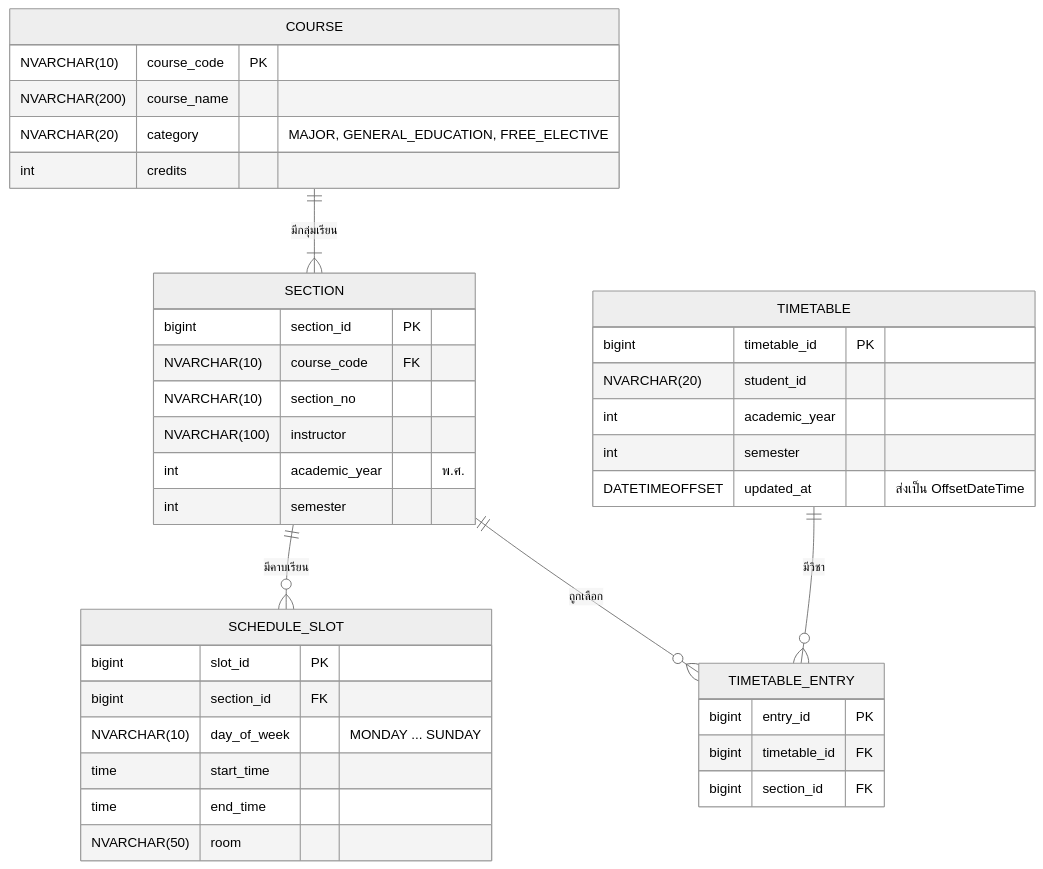
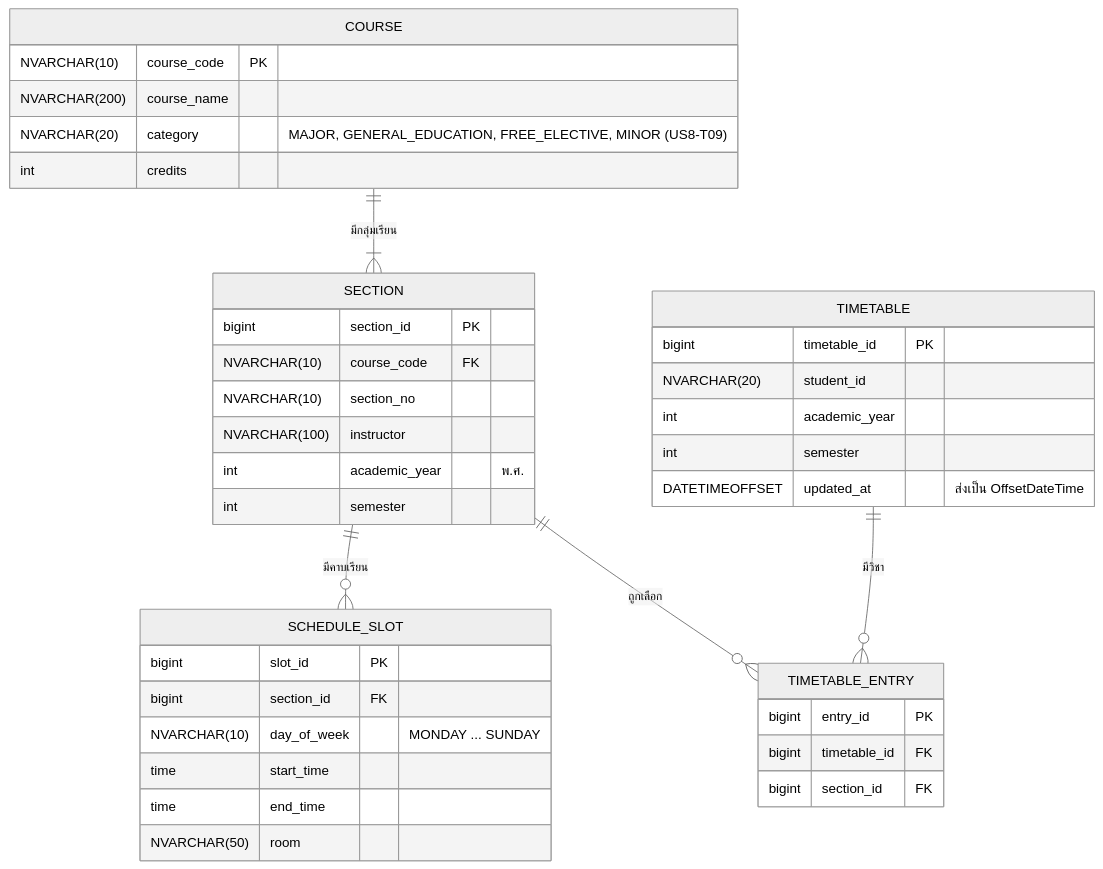
One commit to Non-Sin/CS261-G3-MockTimetableTU changed the diagram in .doc/US1/T06/US1-T06-ER-Diagram.md. Above: the diagram before and after it, drawn with Mermaid (neutral theme). The commit also changed 12 other files, not shown here.

````diff
--- a/.doc/US1/T06/US1-T06-ER-Diagram.md
+++ b/.doc/US1/T06/US1-T06-ER-Diagram.md
@@ -5,42 +5,42 @@
 ```mermaid
 erDiagram
     COURSE ||--|{ SECTION : "มีกลุ่มเรียน"
     SECTION ||--o{ SCHEDULE_SLOT : "มีคาบเรียน"
     TIMETABLE ||--o{ TIMETABLE_ENTRY : "มีวิชา"
     SECTION ||--o{ TIMETABLE_ENTRY : "ถูกเลือก"
 
     COURSE {
         NVARCHAR(10) course_code PK
         NVARCHAR(200) course_name
-        NVARCHAR(20) category "MAJOR, GENERAL_EDUCATION, FREE_ELECTIVE"
+        NVARCHAR(20) category "MAJOR, GENERAL_EDUCATION, FREE_ELECTIVE, MINOR (US8-T09)"
         int credits
     }
     SECTION {
         bigint section_id PK
         NVARCHAR(10) course_code FK
         NVARCHAR(10) section_no
         NVARCHAR(100) instructor
         int academic_year "พ.ศ."
         int semester
     }
     SCHEDULE_SLOT {
         bigint slot_id PK
         bigint section_id FK
         NVARCHAR(10) day_of_week "MONDAY ... SUNDAY"
         time start_time
         time end_time
         NVARCHAR(50) room
     }
     TIMETABLE {
         bigint timetable_id PK
         NVARCHAR(20) student_id
         int academic_year
         int semester
         DATETIMEOFFSET updated_at "ส่งเป็น OffsetDateTime"
     }
     TIMETABLE_ENTRY {
         bigint entry_id PK
         bigint timetable_id FK
         bigint section_id FK
     }
 ```
````
